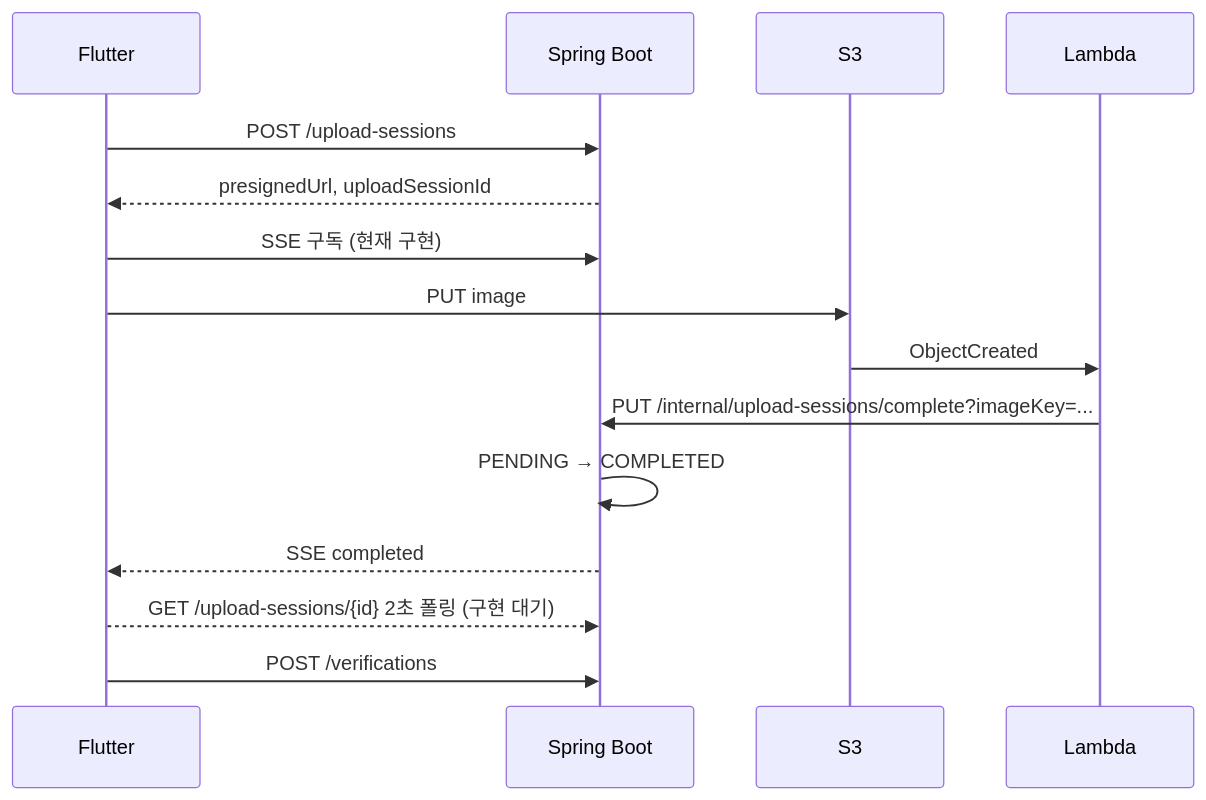
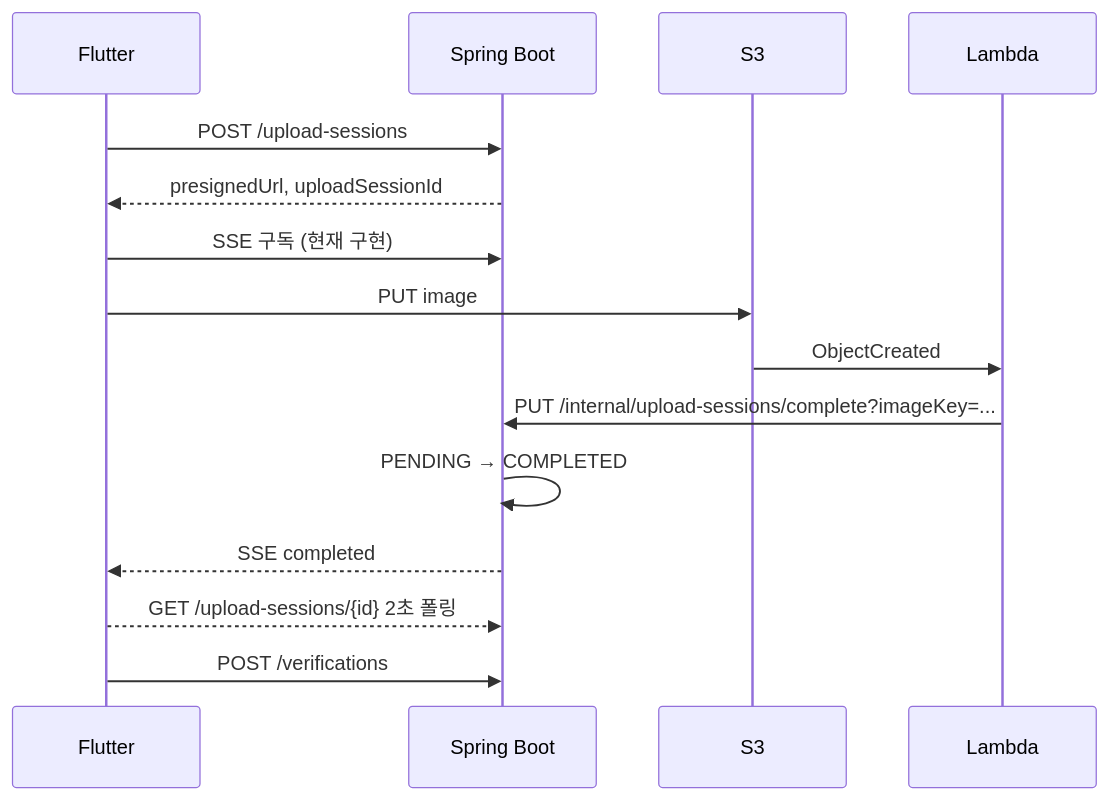
Before and after one commit to JianYang98/TriAgain: the third of 3 diagrams in docs/spec/architecture.md, drawn with Mermaid. The commit also changed other lines of this file and 8 other files, not shown here.

````diff
--- a/docs/spec/architecture.md
+++ b/docs/spec/architecture.md
@@ -221,18 +218,18 @@
 ```mermaid
 sequenceDiagram
     participant FE as Flutter
     participant BE as Spring Boot
     participant S3 as S3
     participant L as Lambda
 
     FE->>BE: POST /upload-sessions
     BE-->>FE: presignedUrl, uploadSessionId
     FE->>BE: SSE 구독 (현재 구현)
     FE->>S3: PUT image
     S3->>L: ObjectCreated
     L->>BE: PUT /internal/upload-sessions/complete?imageKey=...
     BE->>BE: PENDING → COMPLETED
     BE-->>FE: SSE completed
-    FE-->>BE: GET /upload-sessions/{id} 2초 폴링 (구현 대기)
+    FE-->>BE: GET /upload-sessions/{id} 2초 폴링
     FE->>BE: POST /verifications
 ```
````
